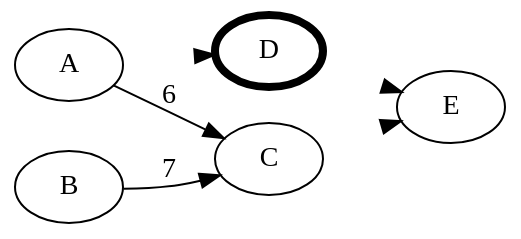
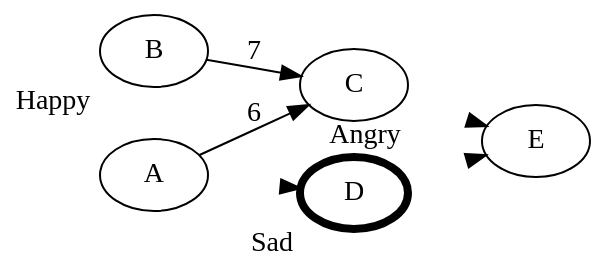
Before and after one commit to decrypto-org/TrustIsRisk: the diagram in presentations/AtheCrypt10-1-2017/figures/transitiveGame3.dot, drawn with Graphviz. The commit also changed 3 other files, not shown here.

Commit message:
add happy angry sad to .dot files

```diff
--- a/presentations/AtheCrypt10-1-2017/figures/transitiveGame3.dot
+++ b/presentations/AtheCrypt10-1-2017/figures/transitiveGame3.dot
@@ -1,10 +1,13 @@
 digraph G {
   graph [bgcolor=transparent]
   rankdir=LR;
   D [penwidth=4]
+  B [xlabel="Happy"]
+  C [xlabel="Angry"]
+  D [xlabel="Sad"]
   A -> C [label="6"]
   A -> D [style=invisible]
   B -> C [label="7"]
   C -> E [style=invisible]
   D -> E [style=invisible]
 }
```
